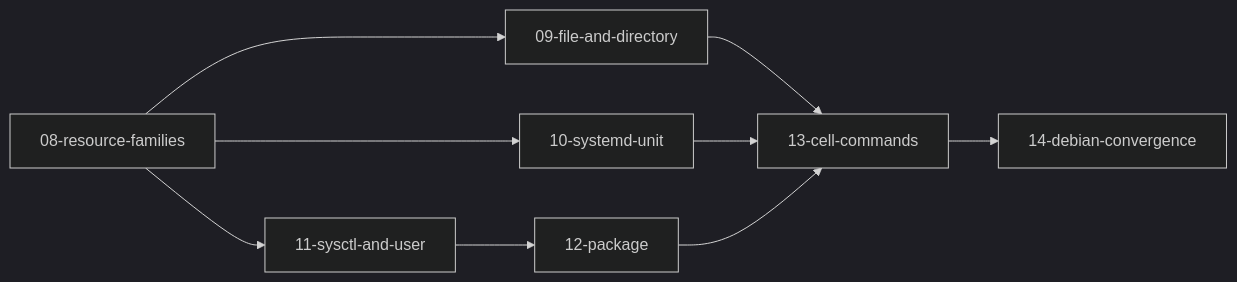
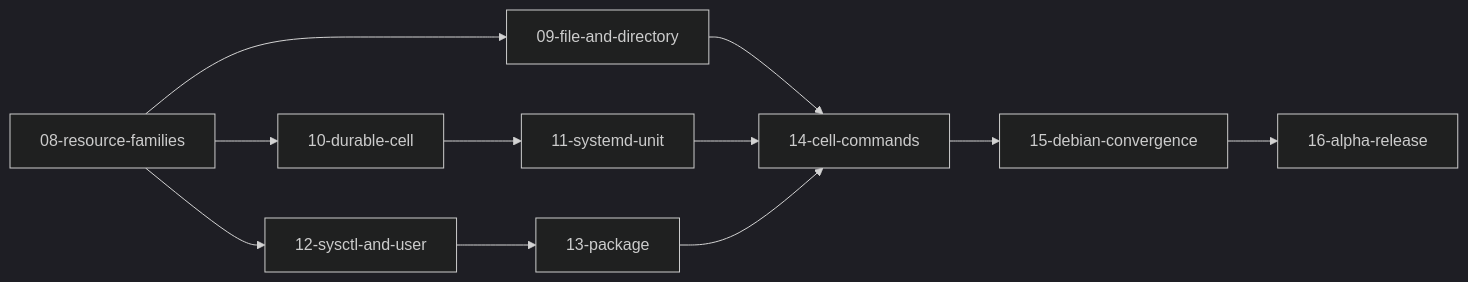
Before and after one commit to kmosoti/Nomos: the diagram in docs/plans/phase-1-masterless-cell.md, drawn with Mermaid (dark theme). The commit also changed other lines of this file, not shown here.

First line of the commit message:
Add the alpha release to the Phase 1 plan

````diff
--- a/docs/plans/phase-1-masterless-cell.md
+++ b/docs/plans/phase-1-masterless-cell.md
@@ -33,11 +34,13 @@
 ```mermaid
 flowchart LR
     M08["08-resource-families"] --> M09["09-file-and-directory"]
-    M08 --> M10["10-systemd-unit"]
-    M08 --> M11["11-sysctl-and-user"]
-    M11 --> M12["12-package"]
-    M09 --> M13["13-cell-commands"]
-    M10 --> M13
-    M12 --> M13
-    M13 --> M14["14-debian-convergence"]
+    M08 --> M10["10-durable-cell"]
+    M10 --> M11["11-systemd-unit"]
+    M08 --> M12["12-sysctl-and-user"]
+    M12 --> M13["13-package"]
+    M09 --> M14["14-cell-commands"]
+    M11 --> M14
+    M13 --> M14
+    M14 --> M15["15-debian-convergence"]
+    M15 --> M16["16-alpha-release"]
 ```
````
